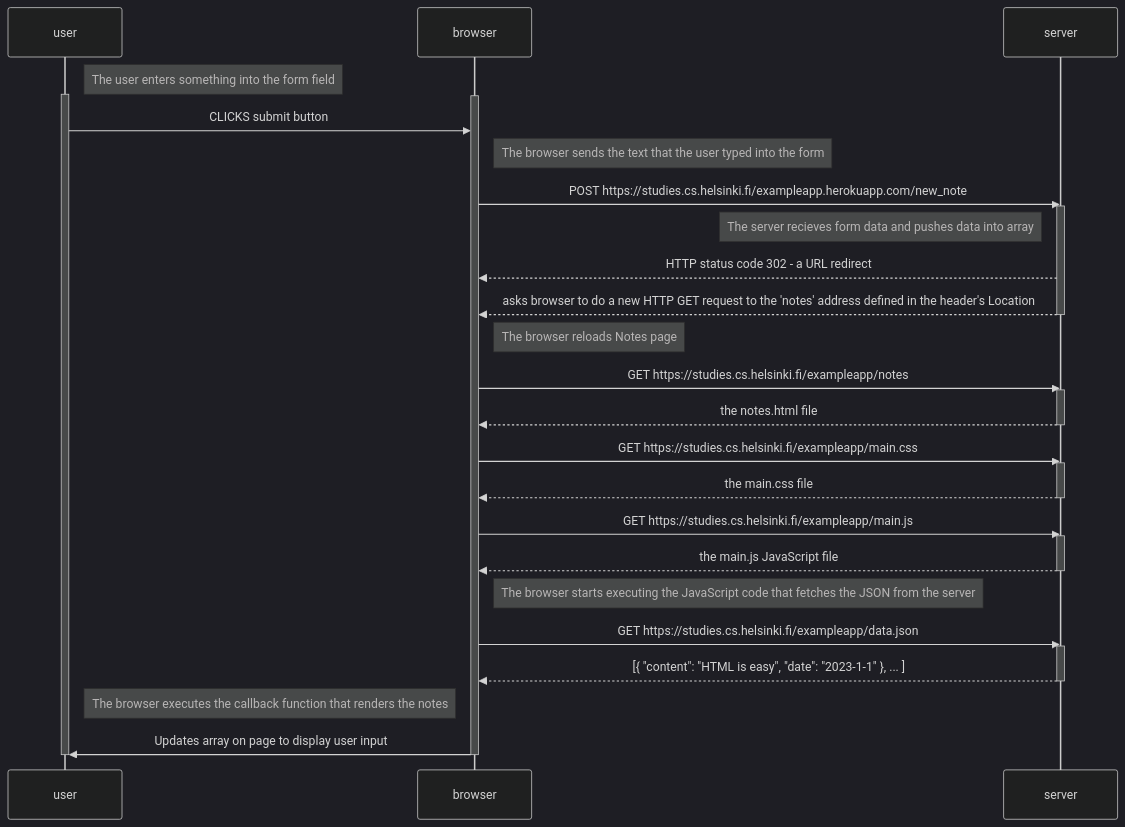
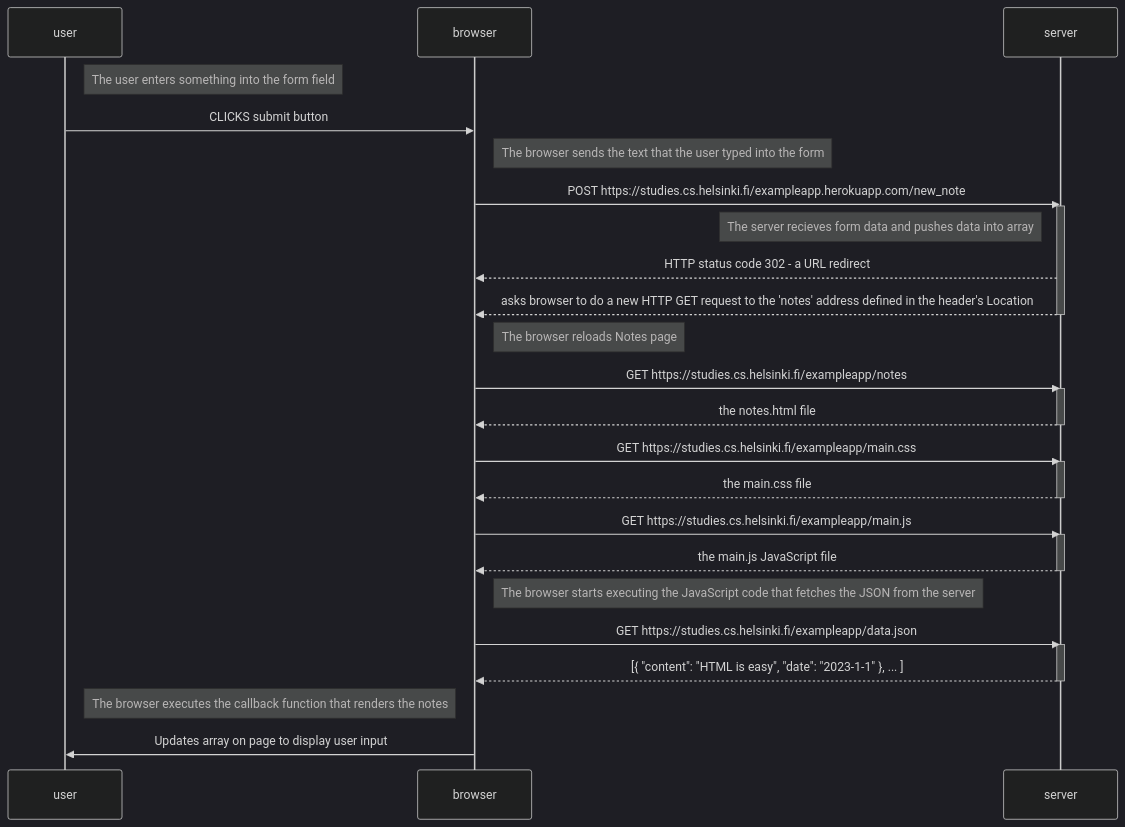
One commit to Emma-Belg/FullStackOpenCourse changed the diagram in part0/0.4NoteDiagram.md. Above: the diagram before and after it, drawn with Mermaid (dark theme).

````diff
--- a/part0/0.4NoteDiagram.md
+++ b/part0/0.4NoteDiagram.md
@@ -8,48 +8,44 @@
  ```mermaid
     sequenceDiagram
     participant user
     participant browser
     participant server
     
     Note right of user: The user enters something into the form field
-    activate user
-    activate browser
     user->>browser: CLICKS submit button
     Note right of browser: The browser sends the text that the user typed into the form
     browser->>server: POST https://studies.cs.helsinki.fi/exampleapp.herokuapp.com/new_note
     activate server
     Note left of server: The server recieves form data and pushes data into array
     server-->>browser: HTTP status code 302 - a URL redirect
     server-->>browser: asks browser to do a new HTTP GET request to the 'notes' address defined in the header's Location
     deactivate server
     
     Note right of browser: The browser reloads Notes page
     browser->>server: GET https://studies.cs.helsinki.fi/exampleapp/notes
     activate server
     server-->>browser: the notes.html file
     deactivate server
 
     browser->>server: GET https://studies.cs.helsinki.fi/exampleapp/main.css
     activate server
     server-->>browser: the main.css file
     deactivate server
 
     browser->>server: GET https://studies.cs.helsinki.fi/exampleapp/main.js
     activate server
     server-->>browser: the main.js JavaScript file
     deactivate server
     
     Note right of browser: The browser starts executing the JavaScript code that fetches the JSON from the server
 
     browser->>server: GET https://studies.cs.helsinki.fi/exampleapp/data.json
     activate server
     server-->>browser: [{ "content": "HTML is easy", "date": "2023-1-1" }, ... ]
     deactivate server    
 
     Note left of browser: The browser executes the callback function that renders the notes 
 
     browser->>user: Updates array on page to display user input
-    deactivate browser
-    deactivate user
     
 ```
````
